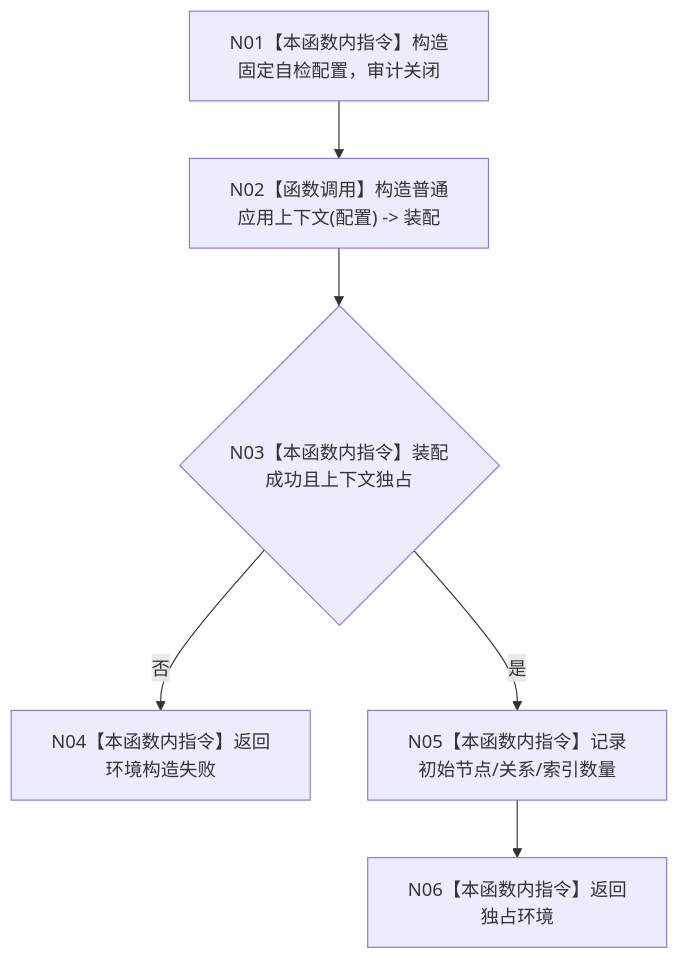
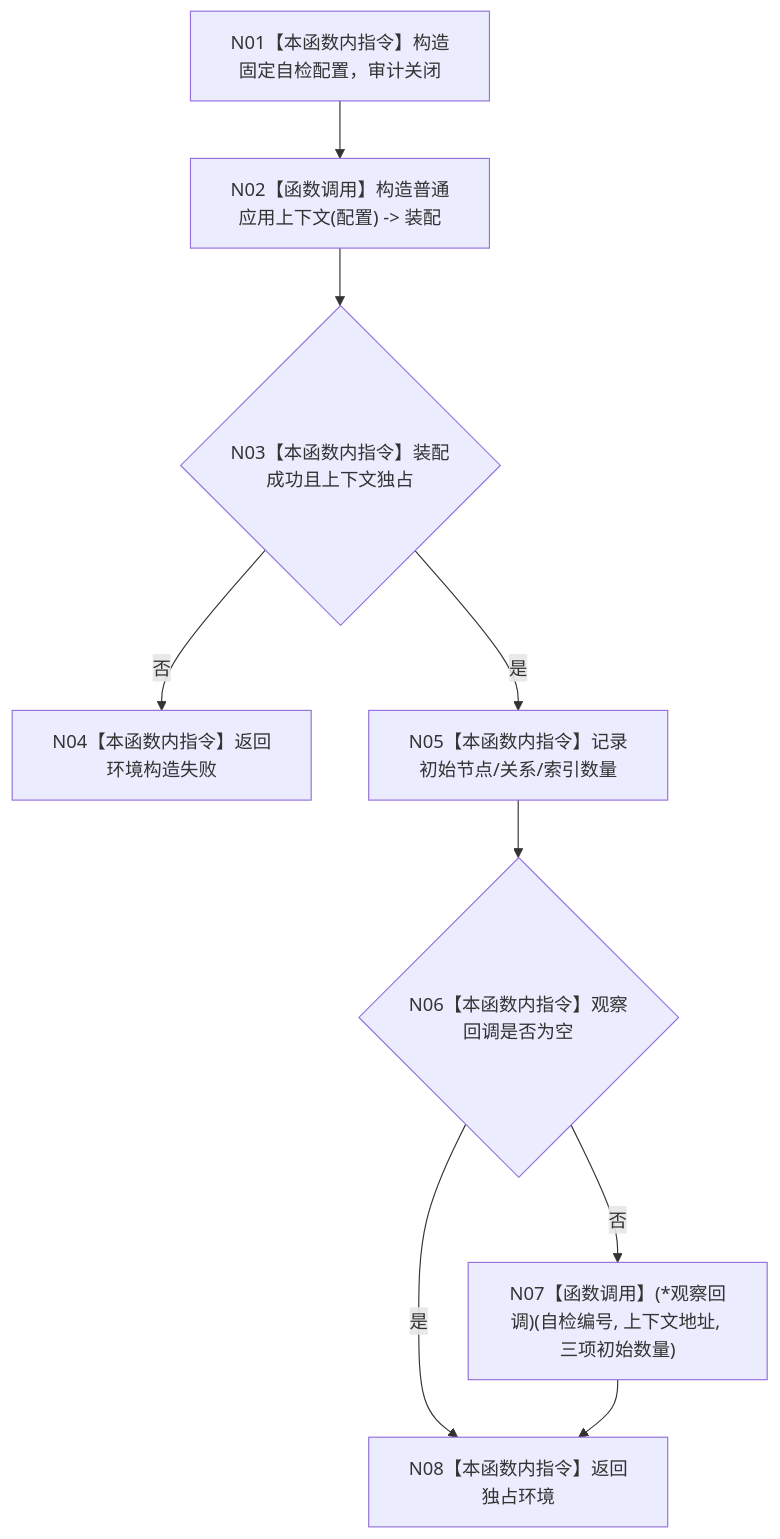
The diagram in 流程图/20260726_ENTRY-ONLY_F18_构造入口初始化自检环境_施工流程图_v0.1.md (chunhaizh-cyber/HY-Ego), drawn with Mermaid before and after one commit. The commit also changed other lines of this file and 54 other files, not shown here.

````diff
--- a/流程图/20260726_ENTRY-ONLY_F18_构造入口初始化自检环境_施工流程图_v0.1.md
+++ b/流程图/20260726_ENTRY-ONLY_F18_构造入口初始化自检环境_施工流程图_v0.1.md
@@ -28,8 +28,11 @@
 ```mermaid
 flowchart TD
     N01["N01【本函数内指令】构造固定自检配置，审计关闭"] --> N02["N02【函数调用】构造普通应用上下文(配置) -> 装配"]
     N02 --> N03{"N03【本函数内指令】装配成功且上下文独占"}
     N03 -- "否" --> N04["N04【本函数内指令】返回环境构造失败"]
     N03 -- "是" --> N05["N05【本函数内指令】记录初始节点/关系/索引数量"]
-    N05 --> N06["N06【本函数内指令】返回独占环境"]
+    N05 --> N06{"N06【本函数内指令】观察回调是否为空"}
+    N06 -- "否" --> N07["N07【函数调用】(*观察回调)(自检编号, 上下文地址, 三项初始数量)"]
+    N06 -- "是" --> N08["N08【本函数内指令】返回独占环境"]
+    N07 --> N08
 ```
````
